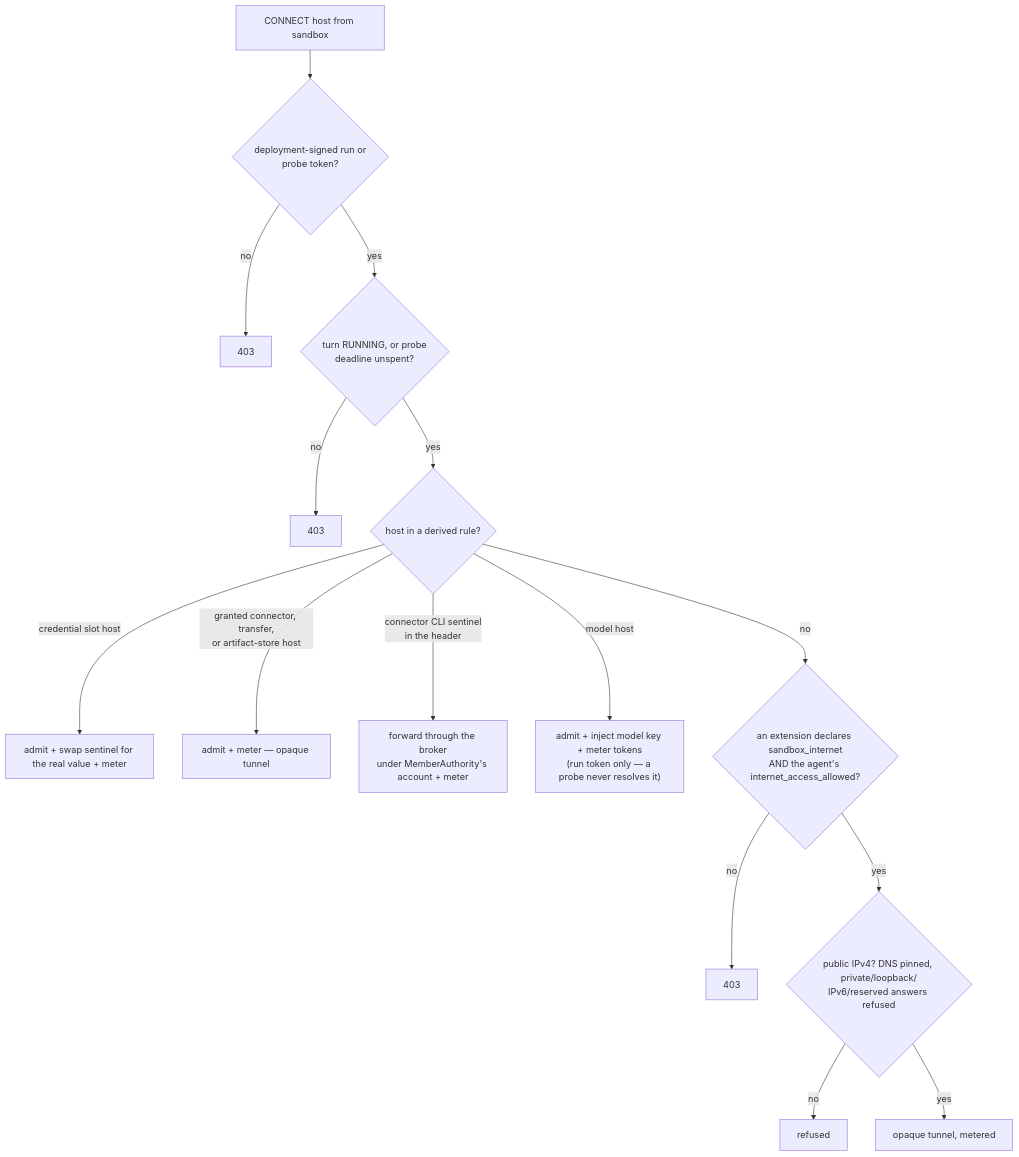
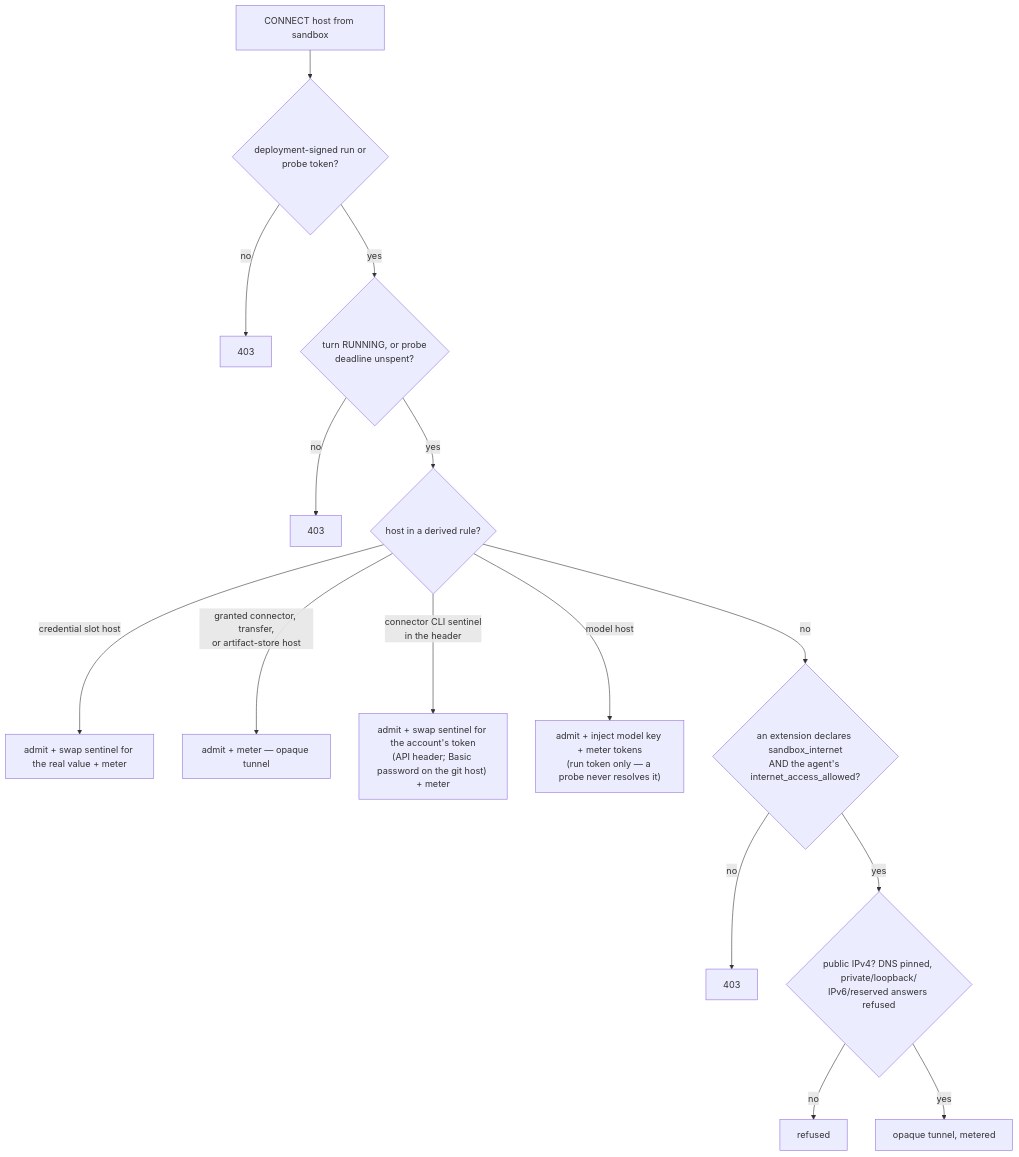
Before and after one commit to ufo-ai/ufo-core: the fifth of 5 diagrams in docs/permissions.md, drawn with Mermaid. The commit also changed other lines of this file and 110 other files, not shown here.

First line of the commit message:
ride the member's GitHub connection for clone, push, and gh (#2910)

````diff
--- a/docs/permissions.md
+++ b/docs/permissions.md
@@ -364,17 +364,17 @@
 ```mermaid
 flowchart TD
     C["CONNECT host from sandbox"] --> T{"deployment-signed run or<br/>probe token?"}
     T -->|no| R1["403"]
     T -->|yes| L{"turn RUNNING, or probe<br/>deadline unspent?"}
     L -->|no| R2["403"]
     L -->|yes| S{"host in a derived rule?"}
     S -->|"credential slot host"| INJ["admit + swap sentinel for the real value + meter"]
     S -->|"granted connector, transfer,<br/>or artifact-store host"| TUN0["admit + meter — opaque tunnel"]
-    S -->|"connector CLI sentinel<br/>in the header"| FWD["forward through the broker<br/>under MemberAuthority's account + meter"]
+    S -->|"connector CLI sentinel<br/>in the header"| CLI["admit + swap sentinel for the account's token<br/>(API header; Basic password on the git host) + meter"]
     S -->|"model host"| MOD["admit + inject model key + meter tokens<br/>(run token only — a probe never resolves it)"]
     S -->|no| I{"an extension declares sandbox_internet<br/>AND the agent's internet_access_allowed?"}
     I -->|no| R3["403"]
     I -->|yes| P{"public IPv4? DNS pinned, private/loopback/<br/>IPv6/reserved answers refused"}
     P -->|no| R4["refused"]
     P -->|yes| TUN["opaque tunnel, metered"]
 ```
````
